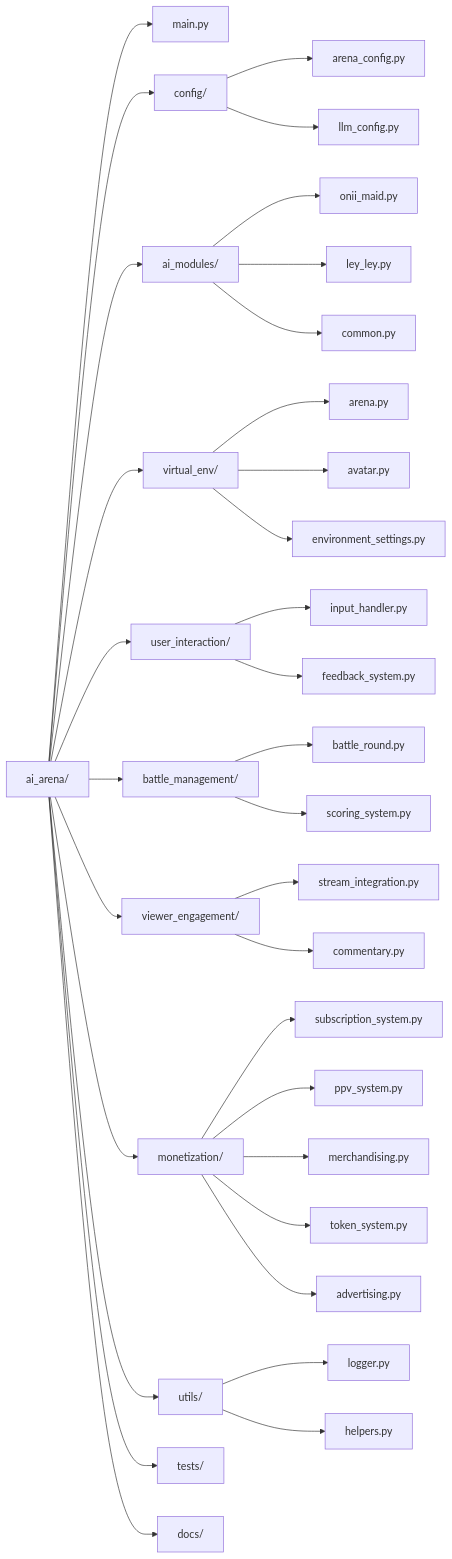
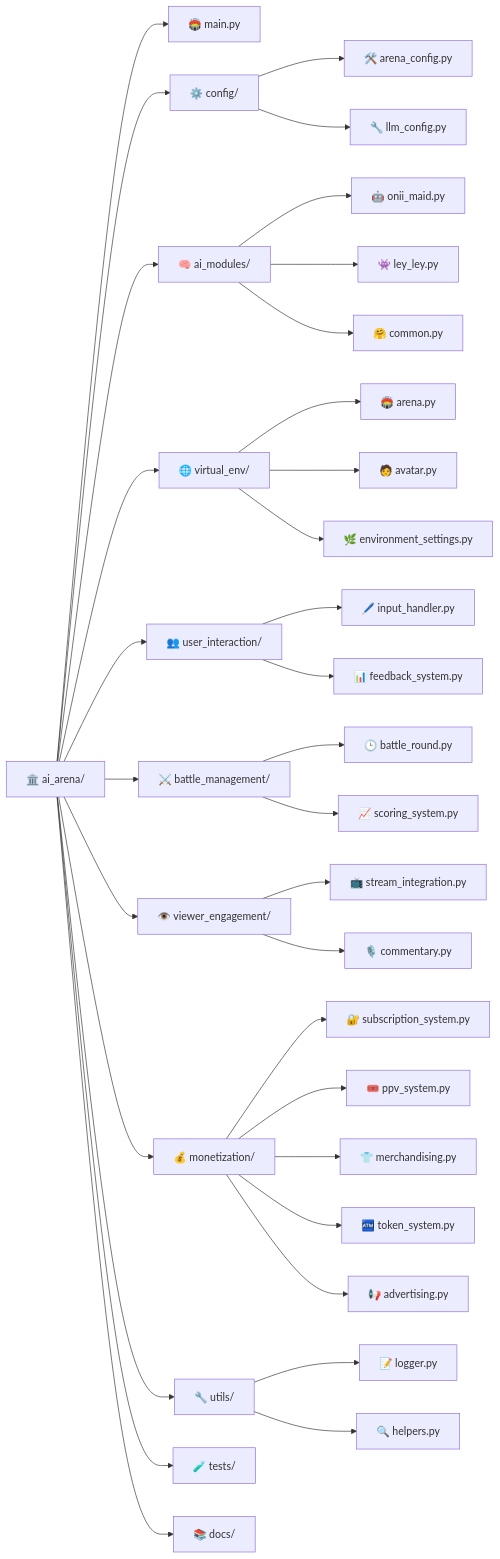
The diagram in README.md (P2PayPeer/ARENA), drawn with Mermaid before and after one commit.

````diff
--- a/README.md
+++ b/README.md
@@ -3,45 +3,47 @@
 ```mermaid
+
 flowchart LR;
 
-    A["ai_arena/"] --> B["main.py"];
-    A --> C["config/"];
-    C --> D["arena_config.py"];
-    C --> E["llm_config.py"];
+    A["🏛️ ai_arena/"] --> B["🏟️ main.py"];
+    A --> C["⚙️ config/"];
+    C --> D["🛠️ arena_config.py"];
+    C --> E["🔧 llm_config.py"];
 
-    A --> F["ai_modules/"];
-    F --> G["onii_maid.py"];
-    F --> H["ley_ley.py"];
-    F --> I["common.py"];
+    A --> F["🧠 ai_modules/"];
+    F --> G["🤖 onii_maid.py"];
+    F --> H["👾 ley_ley.py"];
+    F --> I["🤗 common.py"];
 
-    A --> J["virtual_env/"];
-    J --> K["arena.py"];
-    J --> L["avatar.py"];
-    J --> M["environment_settings.py"];
+    A --> J["🌐 virtual_env/"];
+    J --> K["🏟️ arena.py"];
+    J --> L["🧑 avatar.py"];
+    J --> M["🌿 environment_settings.py"];
 
-    A --> N["user_interaction/"];
-    N --> O["input_handler.py"];
-    N --> P["feedback_system.py"];
+    A --> N["👥 user_interaction/"];
+    N --> O["🖊️ input_handler.py"];
+    N --> P["📊 feedback_system.py"];
 
-    A --> Q["battle_management/"];
-    Q --> R["battle_round.py"];
-    Q --> S["scoring_system.py"];
+    A --> Q["⚔️ battle_management/"];
+    Q --> R["🕒 battle_round.py"];
+    Q --> S["📈 scoring_system.py"];
 
-    A --> T["viewer_engagement/"];
-    T --> U["stream_integration.py"];
-    T --> V["commentary.py"];
+    A --> T["👁️ viewer_engagement/"];
+    T --> U["📺 stream_integration.py"];
+    T --> V["🎙️ commentary.py"];
 
-    A --> W["monetization/"];
-    W --> X["subscription_system.py"];
-    W --> Y["ppv_system.py"];
-    W --> Z["merchandising.py"];
-    W --> AA["token_system.py"];
-    W --> AB["advertising.py"];
+    A --> W["💰 monetization/"];
+    W --> X["🔐 subscription_system.py"];
+    W --> Y["🎟️ ppv_system.py"];
+    W --> Z["👕 merchandising.py"];
+    W --> AA["🏧 token_system.py"];
+    W --> AB["📢 advertising.py"];
 
-    A --> AC["utils/"];
-    AC --> AD["logger.py"];
-    AC --> AE["helpers.py"];
+    A --> AC["🔧 utils/"];
+    AC --> AD["📝 logger.py"];
+    AC --> AE["🔍 helpers.py"];
 
-    A --> AF["tests/"];
-    A --> AG["docs/"];
+    A --> AF["🧪 tests/"];
+    A --> AG["📚 docs/"];
+
 
 ```
````
